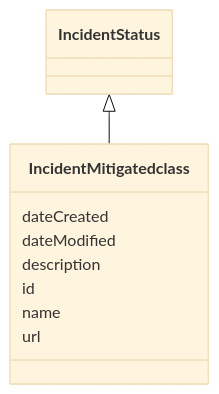
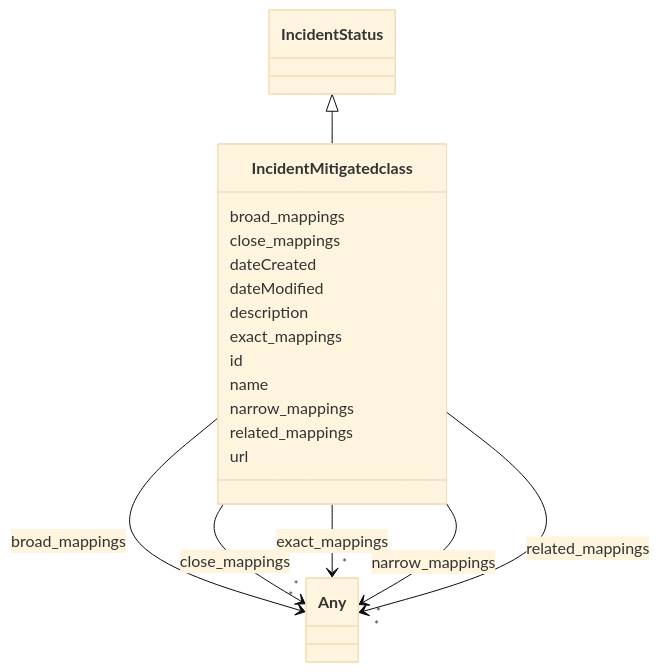
One commit to ingelise/risk-atlas-nexus changed the diagram in docs/ontology/IncidentMitigatedclass.md. Above: the diagram before and after it, drawn with Mermaid (base theme). The commit also changed other lines of this file and 180 other files, not shown here.

````diff
--- a/docs/ontology/IncidentMitigatedclass.md
+++ b/docs/ontology/IncidentMitigatedclass.md
@@ -13,21 +13,76 @@
 ```mermaid
  classDiagram
     class IncidentMitigatedclass
     click IncidentMitigatedclass href "../IncidentMitigatedclass/"
       IncidentStatus <|-- IncidentMitigatedclass
         click IncidentStatus href "../IncidentStatus/"
 
+      IncidentMitigatedclass : broad_mappings
+
+
+
+
+
+        IncidentMitigatedclass --> "*" Any : broad_mappings
+        click Any href "../Any/"
+
+
+
+      IncidentMitigatedclass : close_mappings
+
+
+
+
+
+        IncidentMitigatedclass --> "*" Any : close_mappings
+        click Any href "../Any/"
+
+
+
       IncidentMitigatedclass : dateCreated
 
       IncidentMitigatedclass : dateModified
 
       IncidentMitigatedclass : description
 
+      IncidentMitigatedclass : exact_mappings
+
+
+
+
+
+        IncidentMitigatedclass --> "*" Any : exact_mappings
+        click Any href "../Any/"
+
+
+
       IncidentMitigatedclass : id
 
       IncidentMitigatedclass : name
+
+      IncidentMitigatedclass : narrow_mappings
+
+
+
+
+
+        IncidentMitigatedclass --> "*" Any : narrow_mappings
+        click Any href "../Any/"
+
+
+
+      IncidentMitigatedclass : related_mappings
+
+
+
+
+
+        IncidentMitigatedclass --> "*" Any : related_mappings
+        click Any href "../Any/"
+
+
 
       IncidentMitigatedclass : url
 
 
 ```
````
